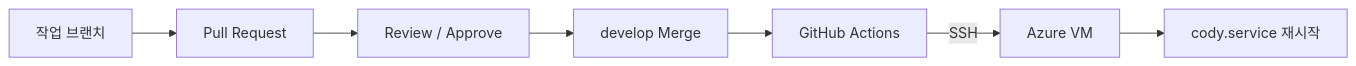
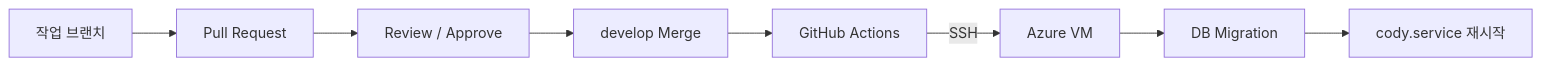
The third of 3 diagrams in README.md (cody-b7/cody_chatbot), drawn with Mermaid before and after one commit. The commit also changed other lines of this file, not shown here.

````diff
--- a/README.md
+++ b/README.md
@@ -661,17 +690,19 @@
 ```mermaid
 flowchart LR
     A[작업 브랜치]
     B[Pull Request]
     C[Review / Approve]
     D[develop Merge]
     E[GitHub Actions]
     F[Azure VM]
-    G[cody.service 재시작]
+    G[DB Migration]
+    H[cody.service 재시작]
 
     A --> B
     B --> C
     C --> D
     D --> E
     E -->|SSH| F
     F --> G
+    G --> H
 ```
````
